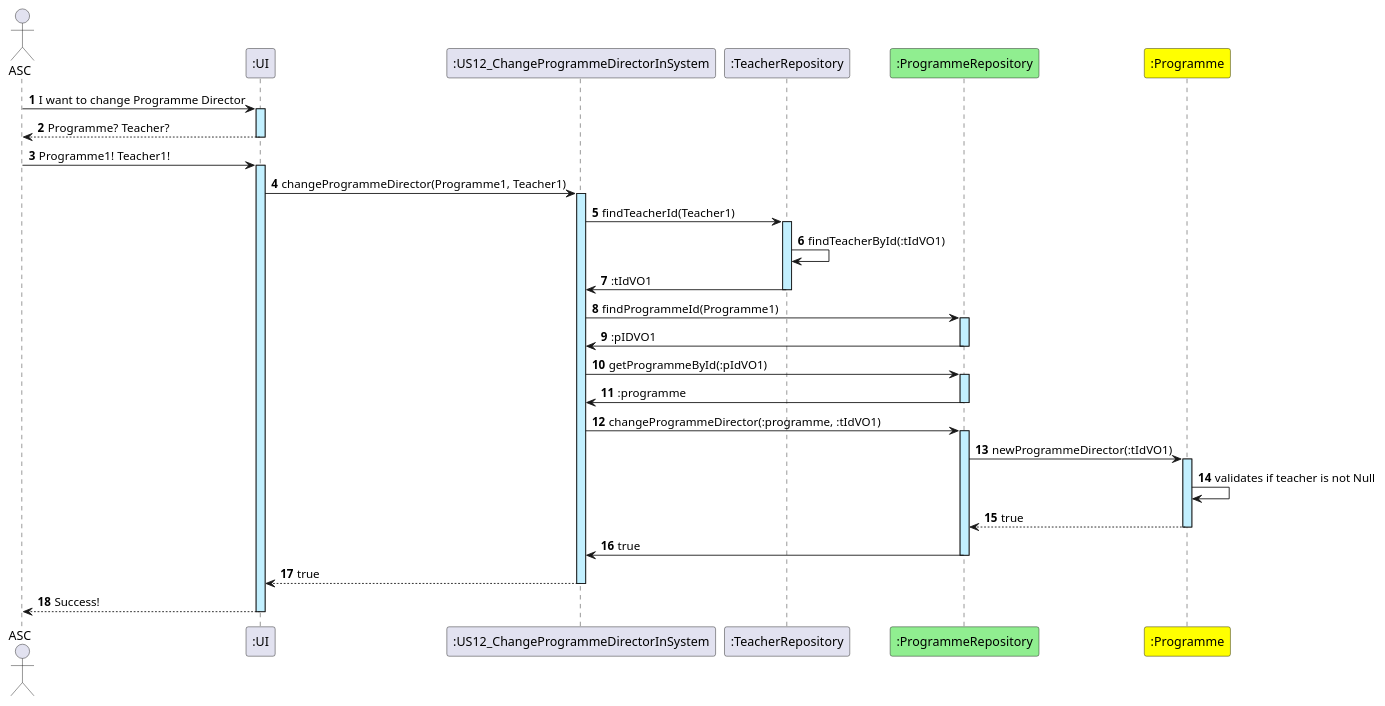
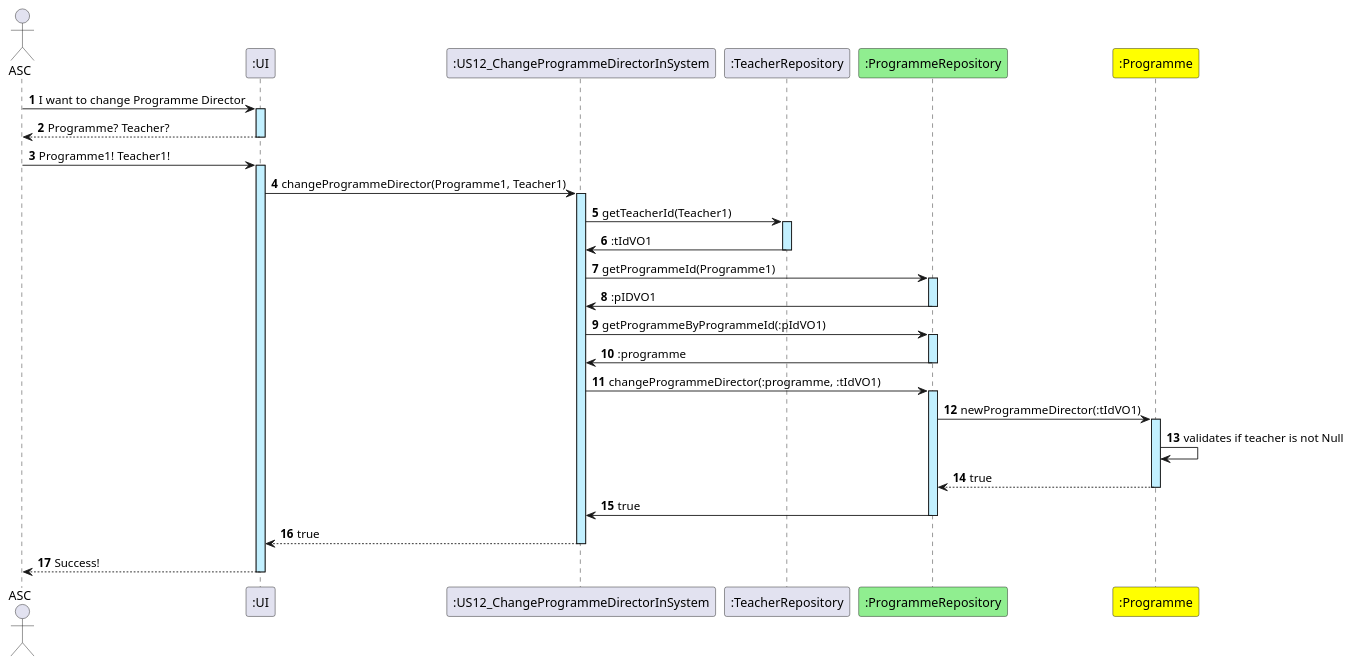
The diagram in docs/US12/US12_ChangeProgrammeDirectorInSystem.puml (GasparISEP/DevOps-PAI), drawn with PlantUML before and after one commit.

Commit message:
Updated US12_SD. Related #56

```diff
--- a/docs/US12/US12_ChangeProgrammeDirectorInSystem.puml
+++ b/docs/US12/US12_ChangeProgrammeDirectorInSystem.puml
@@ -1,50 +1,49 @@
 @startuml
 actor ASC
 participant ":UI" as UI
 participant ":US12_ChangeProgrammeDirectorInSystem" as US12
 participant ":TeacherRepository" as TR
 participant ":ProgrammeRepository" as PL #lightgreen
 participant ":Programme" as PG #yellow
 autonumber
 
 ASC -> UI : I want to change Programme Director
 activate UI #application
 UI --> ASC : Programme? Teacher?
 deactivate UI
 
 ASC -> UI : Programme1! Teacher1!
 activate UI #application
 UI -> US12 : changeProgrammeDirector(Programme1, Teacher1)
 activate US12 #application
 
-US12 -> TR : findTeacherId(Teacher1)
+US12 -> TR : getTeacherId(Teacher1)
 activate TR #application
-TR -> TR : findTeacherById(:tIdVO1)
 TR -> US12 : :tIdVO1
 deactivate TR
-US12 -> PL : findProgrammeId(Programme1)
+US12 -> PL : getProgrammeId(Programme1)
 activate PL #application
 PL -> US12 : :pIDVO1
 deactivate PL
 
-US12 -> PL : getProgrammeById(:pIdVO1)
+US12 -> PL : getProgrammeByProgrammeId(:pIdVO1)
 activate PL #application
 PL -> US12 : :programme
 deactivate PL
 US12 -> PL :changeProgrammeDirector(:programme, :tIdVO1)
 activate PL #application
 
 PL -> PG : newProgrammeDirector(:tIdVO1)
 activate PG #application
 PG -> PG : validates if teacher is not Null
 
 PG --> PL : true
 deactivate PG
 PL->US12 : true
 deactivate PL
 US12 --> UI : true
 deactivate US12
 
 UI --> ASC : Success!
 deactivate UI
 @enduml
```
